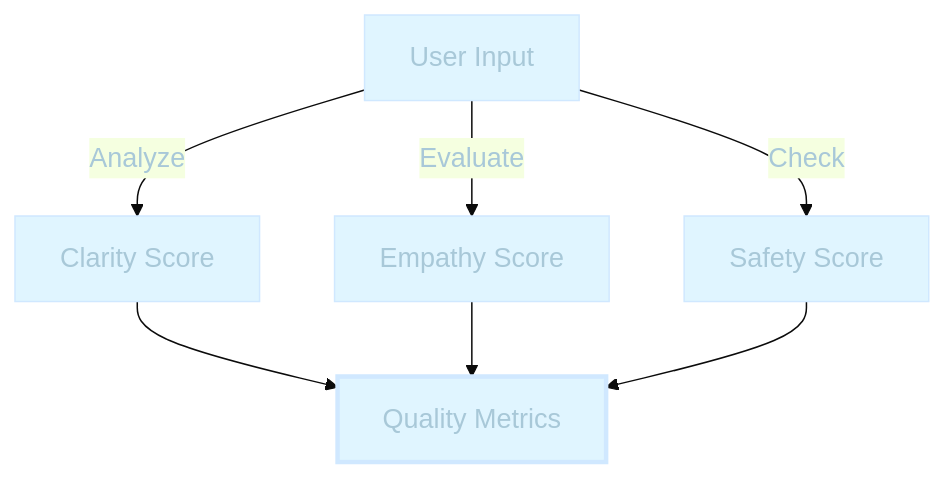
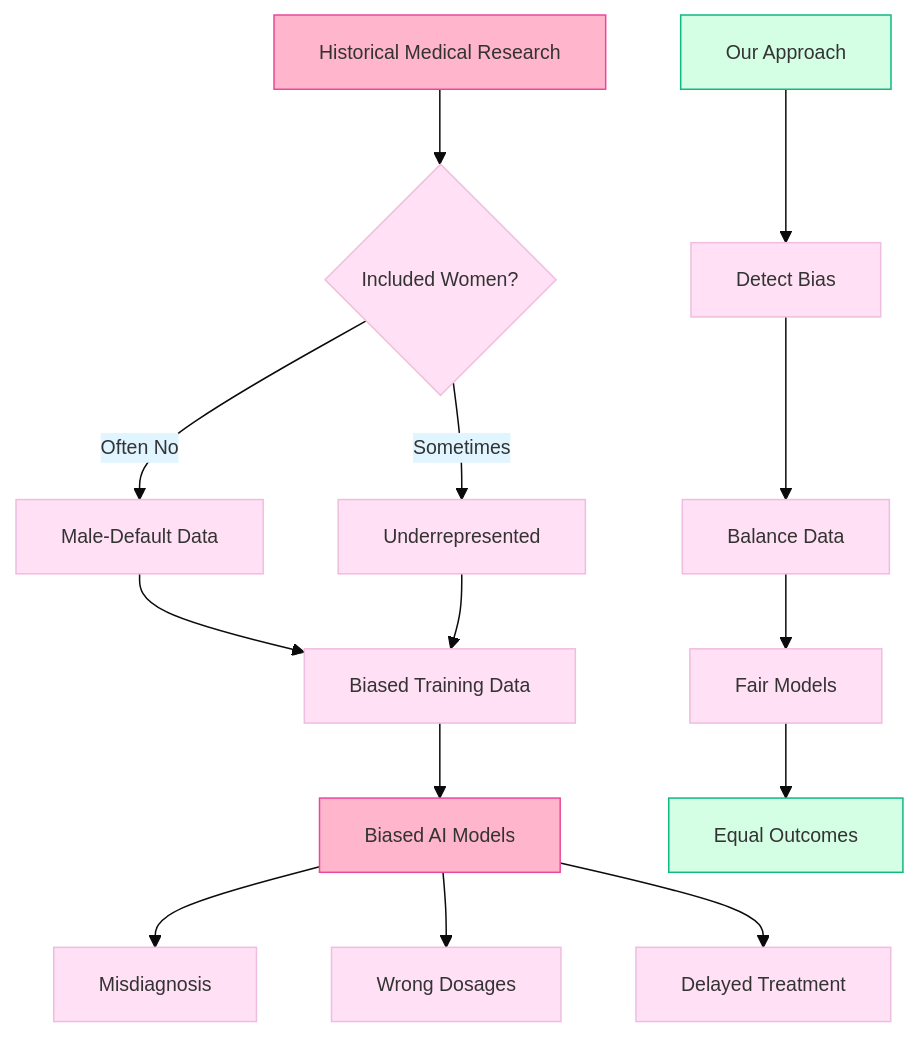
Before and after one commit to Cazzy-Aporbo/Cazzy-Aporbo: the seventh of 8 diagrams in README.md, drawn with Mermaid. The commit also changed other lines of this file, not shown here.

````diff
--- a/README.md
+++ b/README.md
@@ -513,11 +730,23 @@
 ```mermaid
-%%{init: {'theme': 'base', 'themeVariables': {'primaryColor': '#E0F5FF', 'primaryBorderColor': '#D0E8FF', 'tertiaryColor': '#FFE0F5', 'primaryTextColor': '#A8C8D8', 'fontSize': '18px'}}}%%
-graph TD
-    A[User Input] -->|Analyze| B[Clarity Score]
-    A -->|Evaluate| C[Empathy Score]
-    A -->|Check| D[Safety Score]
-    B --> E[Quality Metrics]
-    C --> E
+%%{init: {'theme': 'base', 'themeVariables': {'primaryColor':'#FFE0F5','fontSize':'13px'}}}%%
+flowchart TD
+    A[Historical Medical Research] --> B{Included Women?}
+    B -->|Often No| C[Male-Default Data]
+    B -->|Sometimes| D[Underrepresented]
+    C --> E[Biased Training Data]
     D --> E
-    style E fill:#E0F5FF,stroke:#D0E8FF,stroke-width:3px
+    E --> F[Biased AI Models]
+    F --> G[Misdiagnosis]
+    F --> H[Wrong Dosages]
+    F --> I[Delayed Treatment]
+    
+    J[Our Approach] --> K[Detect Bias]
+    K --> L[Balance Data]
+    L --> M[Fair Models]
+    M --> N[Equal Outcomes]
+    
+    style A fill:#FFB5CC,stroke:#EC4899
+    style F fill:#FFB5CC,stroke:#EC4899
+    style J fill:#D4FFE4,stroke:#10B981
+    style N fill:#D4FFE4,stroke:#10B981
 ```
````
